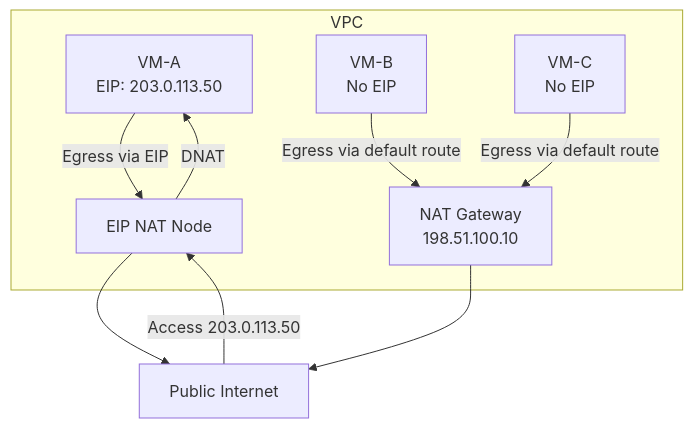
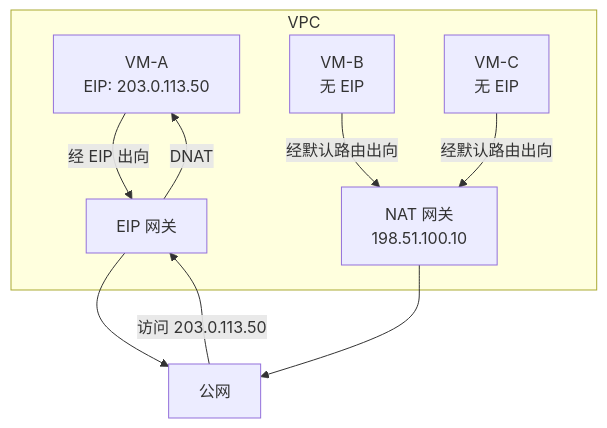
One commit to caozhiyi/network-book changed the fourth of 4 diagrams in docs/14.固定的公网身份弹性公网IP.md. Above: the diagram before and after it, drawn with Mermaid. The commit also changed other lines of this file and 77 other files, not shown here.

````diff
--- a/docs/14.固定的公网身份弹性公网IP.md
+++ b/docs/14.固定的公网身份弹性公网IP.md
@@ -185,12 +163,12 @@
 ```mermaid
 graph TB
     subgraph VPC
-        VMA[VM-A<br/>EIP: 203.0.113.50] -->|Egress via EIP| EIP_NAT[EIP NAT Node]
-        VMB[VM-B<br/>No EIP] -->|Egress via default route| NATGW[NAT Gateway<br/>198.51.100.10]
-        VMC[VM-C<br/>No EIP] -->|Egress via default route| NATGW
+        VMA[VM-A<br/>EIP: 203.0.113.50] -->|经 EIP 出向| EIP_GW[EIP 网关]
+        VMB[VM-B<br/>无 EIP] -->|经默认路由出向| NATGW[NAT 网关<br/>198.51.100.10]
+        VMC[VM-C<br/>无 EIP] -->|经默认路由出向| NATGW
     end
-    EIP_NAT --> Internet[Public Internet]
+    EIP_GW --> Internet[公网]
     NATGW --> Internet
-    Internet -->|Access 203.0.113.50| EIP_NAT
-    EIP_NAT -->|DNAT| VMA
+    Internet -->|访问 203.0.113.50| EIP_GW
+    EIP_GW -->|DNAT| VMA
 ```
````
